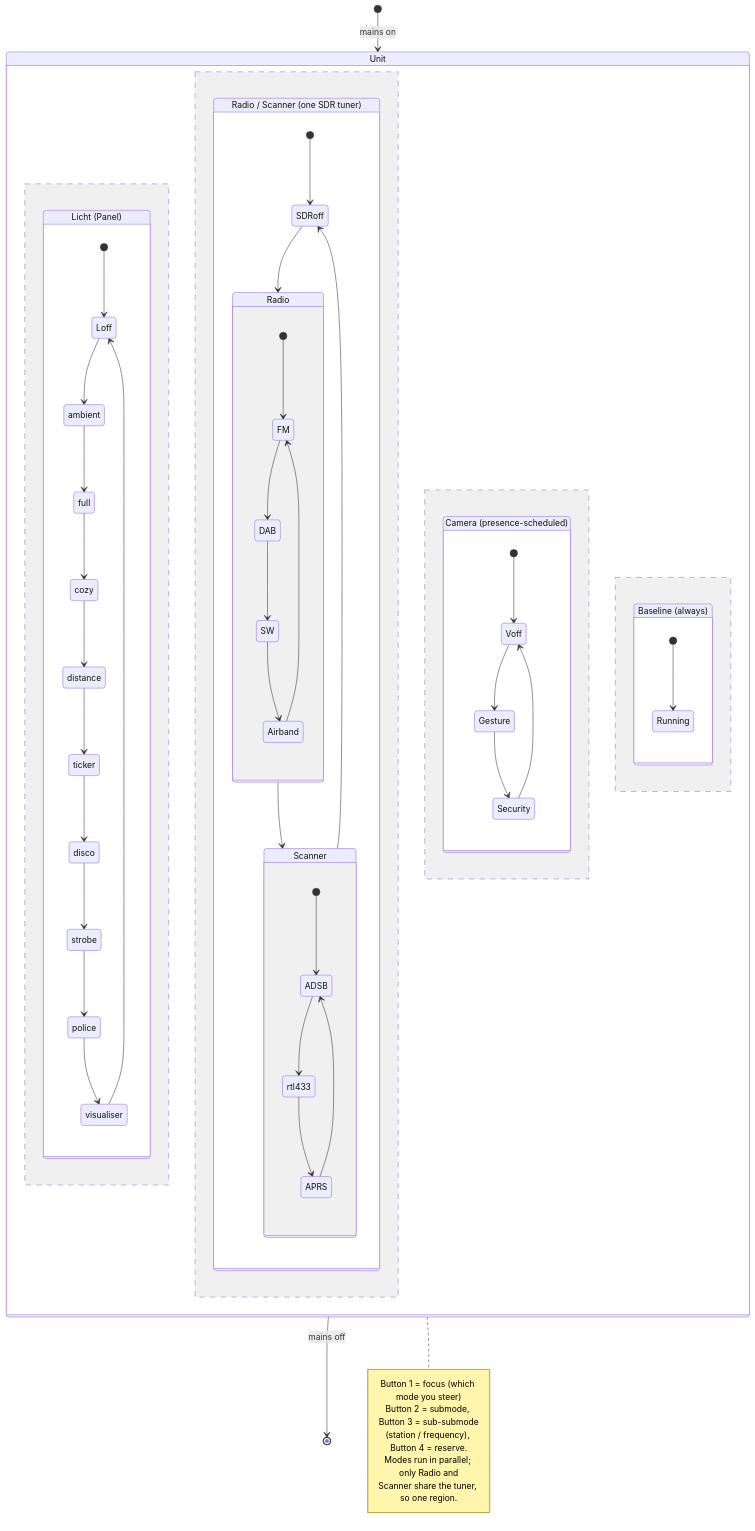
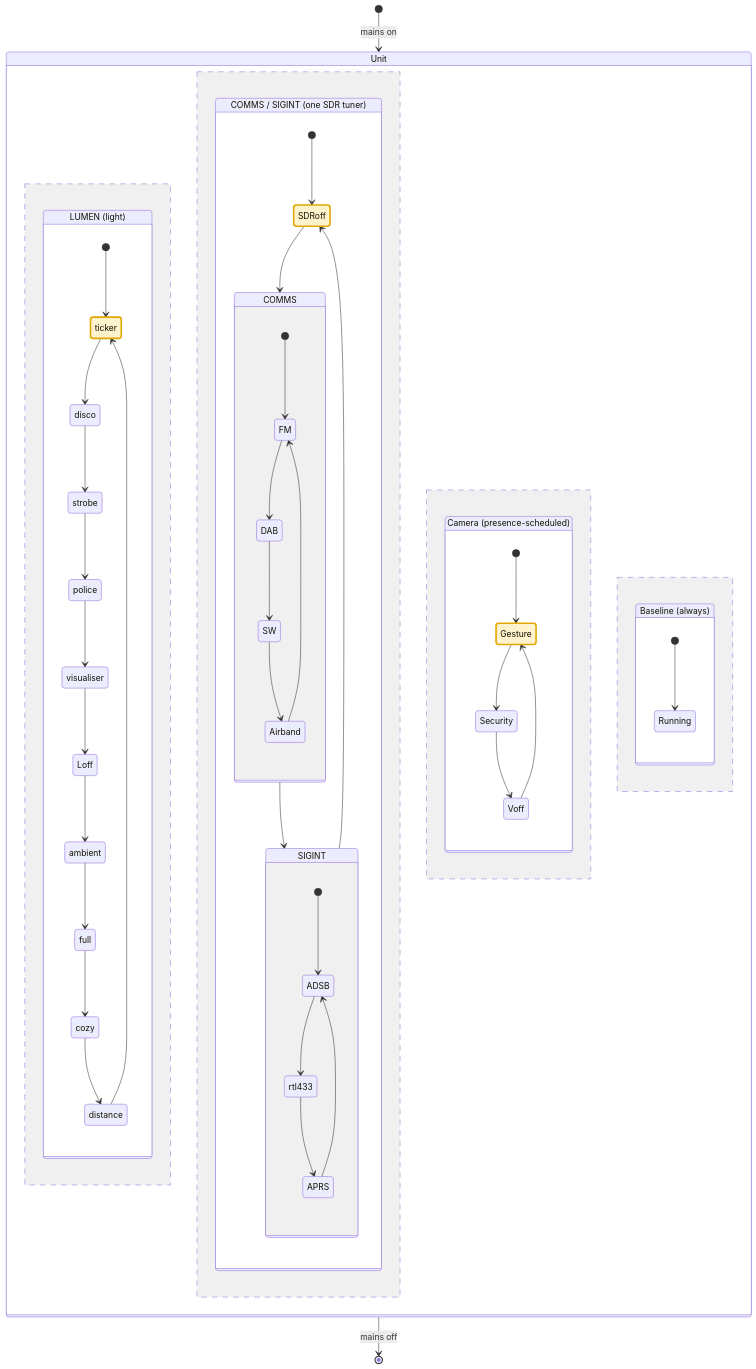
The first of 2 diagrams in src/architecture.md (hgn/balkon-borg), drawn with Mermaid before and after one commit. The commit also changed other lines of this file and 3 other files, not shown here.

````diff
--- a/src/architecture.md
+++ b/src/architecture.md
@@ -120,58 +122,53 @@
 ```mermaid
 stateDiagram-v2
   [*] --> Unit : mains on
   Unit --> [*] : mains off
   state Unit {
-    state "Licht (Panel)" as Licht {
-      [*] --> Loff
+    state "LUMEN (light)" as LUMEN {
+      [*] --> ticker
+      ticker --> disco
+      disco --> strobe
+      strobe --> police
+      police --> visualiser
+      visualiser --> Loff
       Loff --> ambient
       ambient --> full
       full --> cozy
       cozy --> distance
       distance --> ticker
-      ticker --> disco
-      disco --> strobe
-      strobe --> police
-      police --> visualiser
-      visualiser --> Loff
     }
     --
-    state "Radio / Scanner (one SDR tuner)" as SDR {
+    state "COMMS / SIGINT (one SDR tuner)" as SDR {
       [*] --> SDRoff
-      SDRoff --> Radio
-      Radio --> Scanner
-      Scanner --> SDRoff
-      state Radio {
+      SDRoff --> COMMS
+      COMMS --> SIGINT
+      SIGINT --> SDRoff
+      state COMMS {
         [*] --> FM
         FM --> DAB
         DAB --> SW
         SW --> Airband
         Airband --> FM
       }
-      state Scanner {
+      state SIGINT {
         [*] --> ADSB
         ADSB --> rtl433
         rtl433 --> APRS
         APRS --> ADSB
       }
     }
     --
     state "Camera (presence-scheduled)" as Vision {
-      [*] --> Voff
-      Voff --> Gesture
+      [*] --> Gesture
       Gesture --> Security
       Security --> Voff
+      Voff --> Gesture
     }
     --
     state "Baseline (always)" as Base {
       [*] --> Running
     }
   }
-  note right of Unit
-    Button 1 = focus (which mode you steer)
-    Button 2 = submode, Button 3 = sub-submode
-    (station / frequency), Button 4 = reserve.
-    Modes run in parallel; only Radio and
-    Scanner share the tuner, so one region.
-  end note
+  classDef boot fill:#fff3cd,stroke:#e0a800,stroke-width:3px
+  class ticker,SDRoff,Gesture boot
 ```
````
